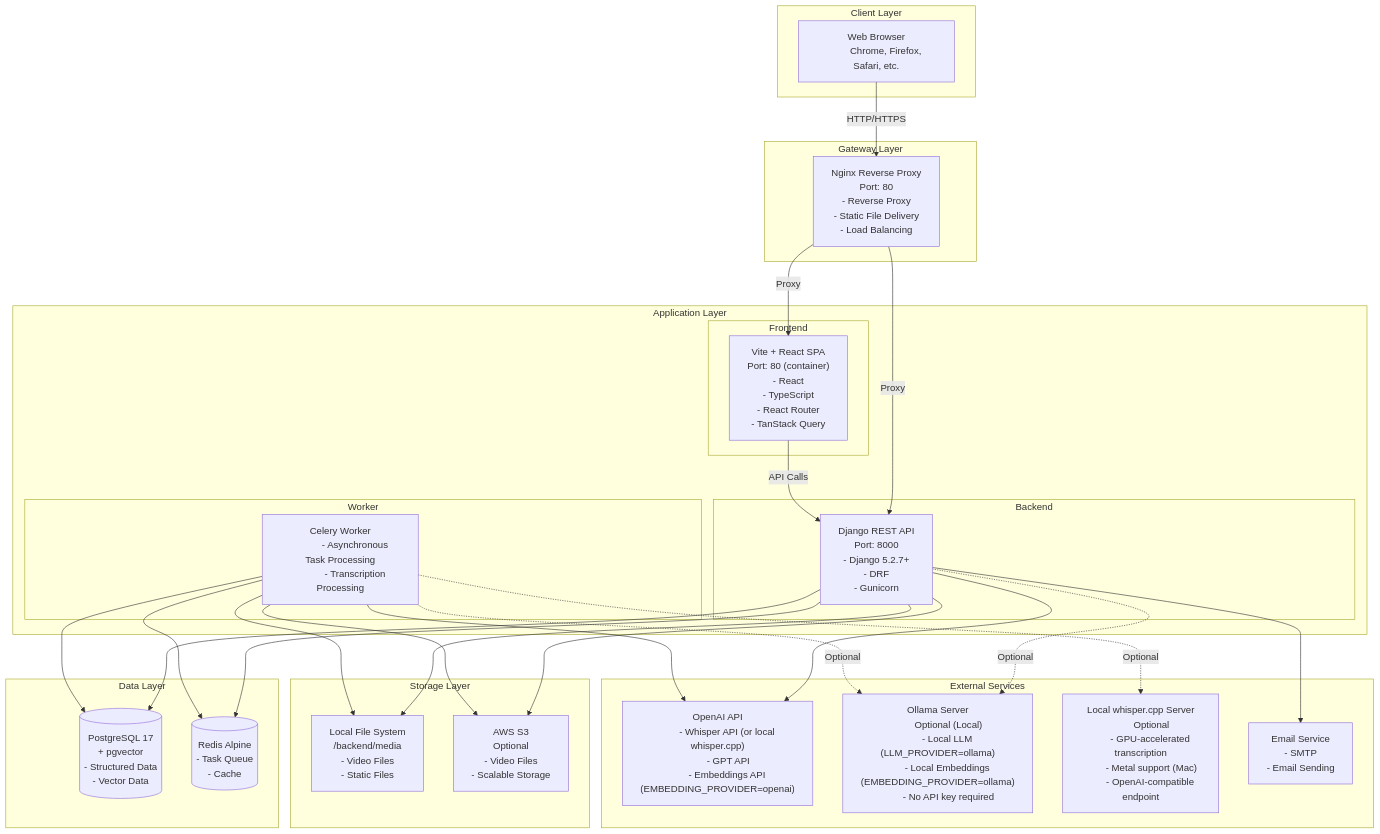
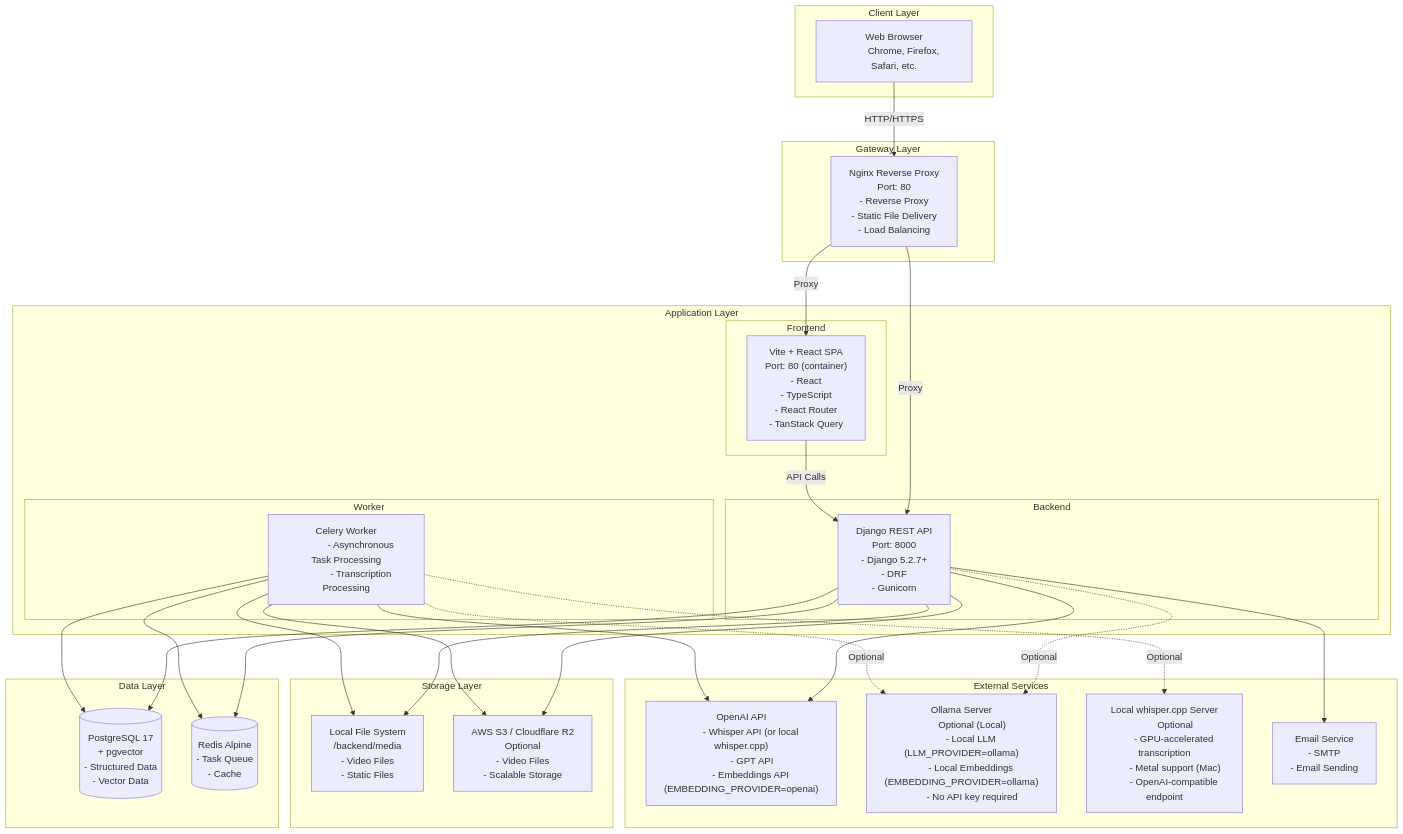
One commit to yukiharada1228/videoq changed the first of 7 diagrams in docs/architecture/system-configuration-diagram.md. Above: the diagram before and after it, drawn with Mermaid. The commit also changed 5 other files, not shown here.

```diff
--- a/docs/architecture/system-configuration-diagram.md
+++ b/docs/architecture/system-configuration-diagram.md
@@ -61,7 +61,7 @@
         /backend/media
         - Video Files
         - Static Files"]
-        S3["AWS S3
+        S3["AWS S3 / Cloudflare R2
         Optional
         - Video Files
         - Scalable Storage"]
```
